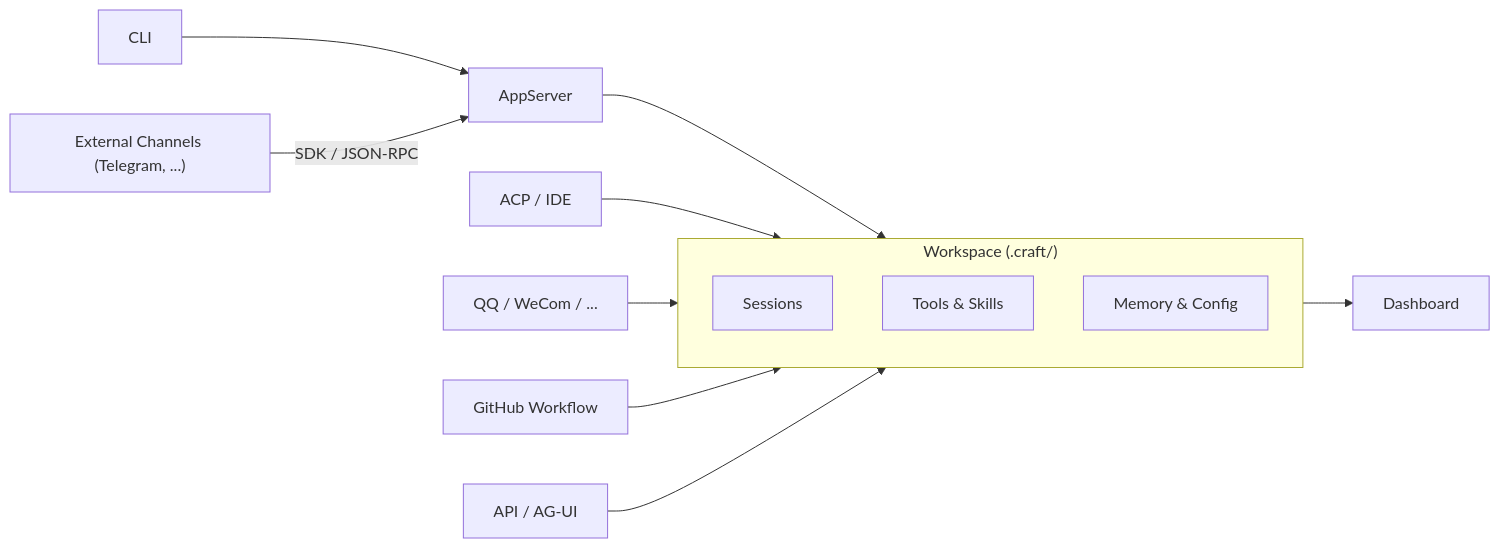
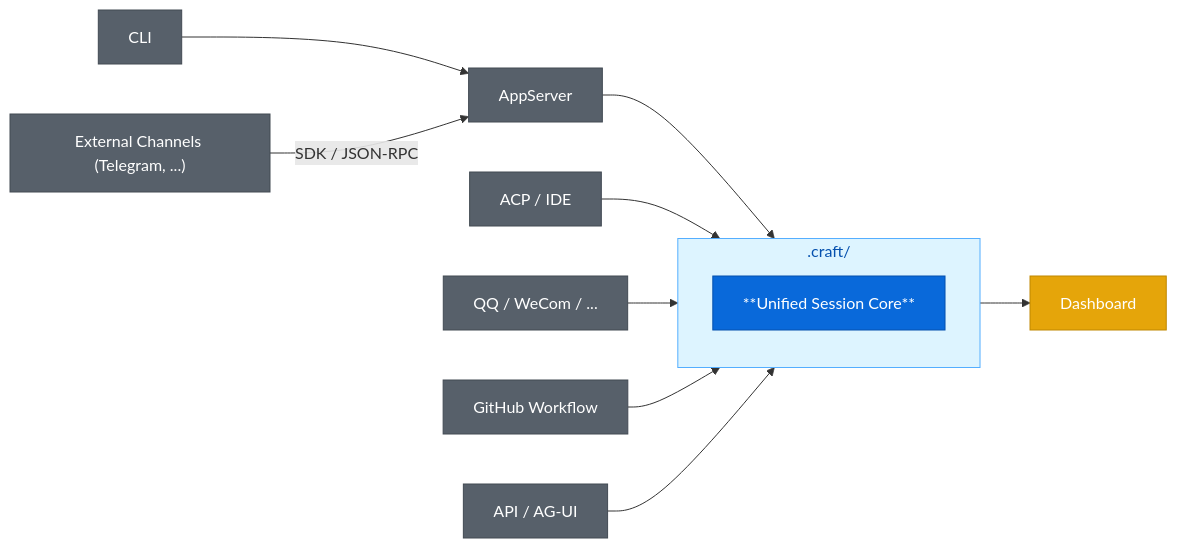
One commit to DotCraftDev/dotcraft changed the diagram in README.md. Above: the diagram before and after it, drawn with Mermaid. The commit also changed other lines of this file and 51 other files, not shown here.

````diff
--- a/README.md
+++ b/README.md
@@ -112,27 +143,36 @@
 ```mermaid
 flowchart LR
     Cli["CLI"]
     AppSrv["AppServer"]
     Ide["ACP / IDE"]
     Bots["QQ / WeCom / ..."]
     ExtCh["External Channels (Telegram, ...)"]
     Workflow["GitHub Workflow"]
     Api["API / AG-UI"]
 
-    subgraph Workspace ["Workspace (.craft/)"]
-        Sessions["Sessions"]
-        Tools["Tools & Skills"]
-        Memory["Memory & Config"]
+    subgraph Workspace [".craft/"]
+        Core["**Unified Session Core**"]
     end
 
     Dashboard["Dashboard"]
 
     Cli --> AppSrv
     AppSrv --> Workspace
     Ide --> Workspace
     Bots --> Workspace
     ExtCh -->|"SDK / JSON-RPC"| AppSrv
     Workflow --> Workspace
     Api --> Workspace
     Workspace --> Dashboard
+
+    style Core fill:#0969da,color:#ffffff,stroke:#0550ae
+    style Workspace fill:#ddf4ff,stroke:#54aeff,color:#0550ae
+    style Dashboard fill:#e5a50a,color:#ffffff,stroke:#bf8700
+    style Cli fill:#57606a,color:#ffffff,stroke:#424a53
+    style AppSrv fill:#57606a,color:#ffffff,stroke:#424a53
+    style Ide fill:#57606a,color:#ffffff,stroke:#424a53
+    style Bots fill:#57606a,color:#ffffff,stroke:#424a53
+    style ExtCh fill:#57606a,color:#ffffff,stroke:#424a53
+    style Workflow fill:#57606a,color:#ffffff,stroke:#424a53
+    style Api fill:#57606a,color:#ffffff,stroke:#424a53
 ```
````
